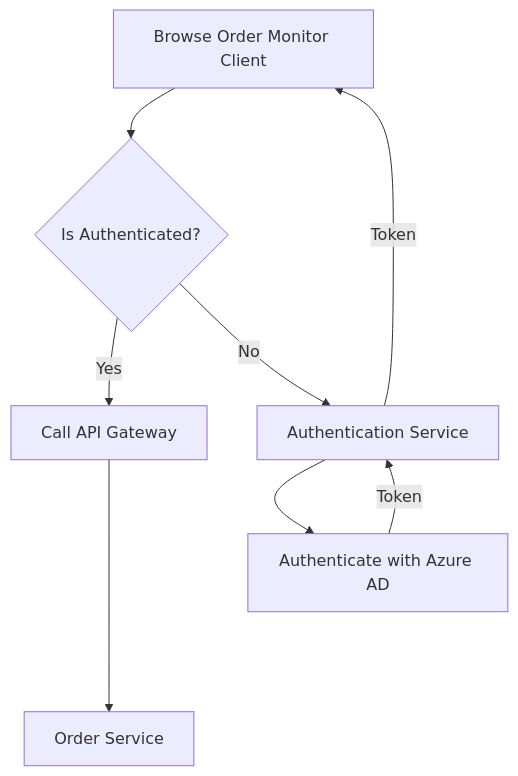
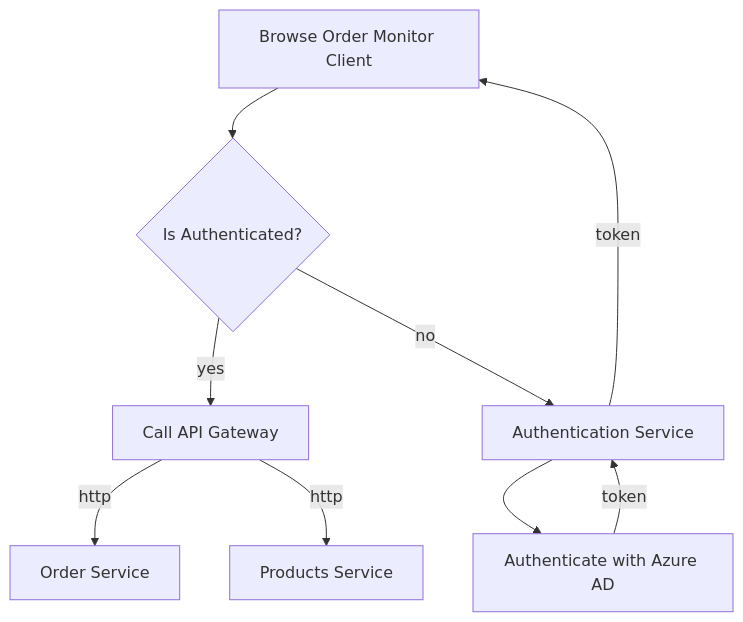
Before and after one commit to thinktecture-labs/cloud-native-sample: the first of 2 diagrams in README.md, drawn with Mermaid. The commit also changed other lines of this file, not shown here.

Commit message:
docs: update diagram

````diff
--- a/README.md
+++ b/README.md
@@ -9,11 +9,12 @@
 ```mermaid
 flowchart TD
 
     A[Browse Order Monitor Client] --> B{Is Authenticated?};
-    B -- Yes --> F[Call API Gateway];
-    B -- No --> D[Authentication Service];
+    B -- yes --> F[Call API Gateway];
+    B -- no --> D[Authentication Service];
     D --> E[Authenticate with Azure AD];
-    E -- Token --> D;
-    D -- Token --> A;
-    F ----> G[Order Service]
+    E -- token --> D;
+    D -- token --> A;
+    F -- http --> G[Order Service]
+    F -- http --> H[Products Service]
 ```
````
